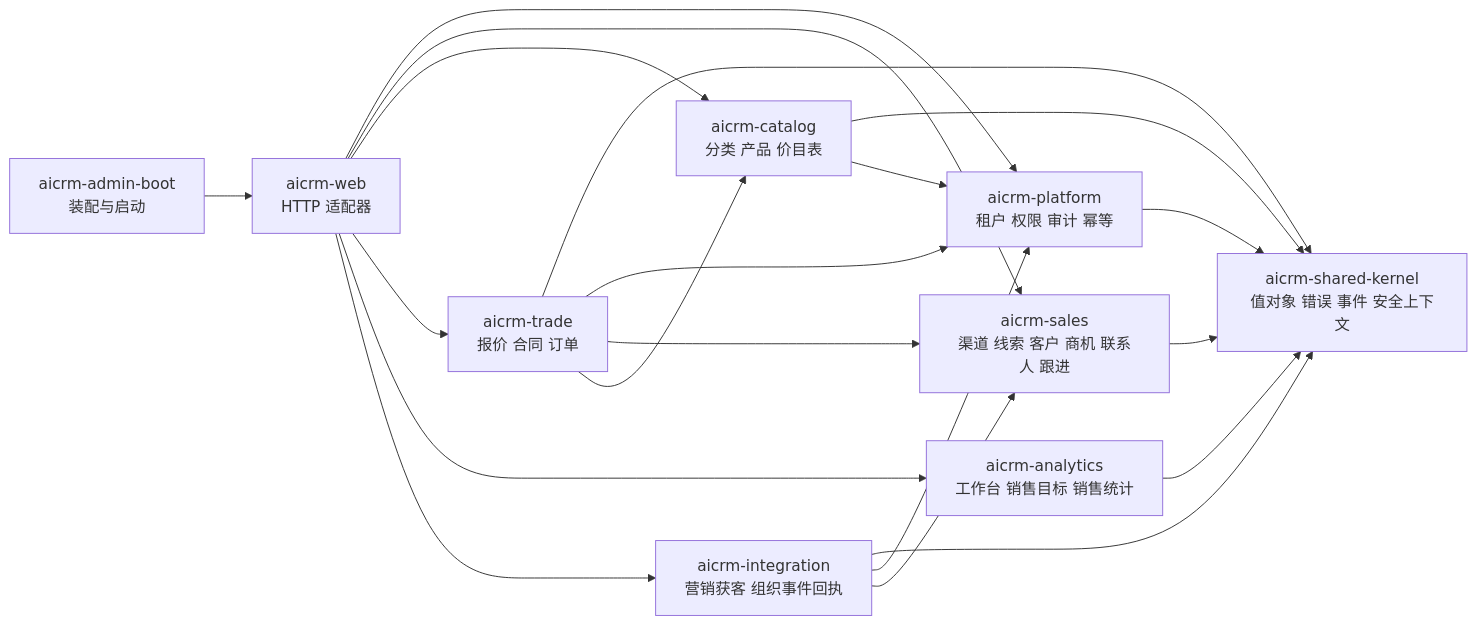
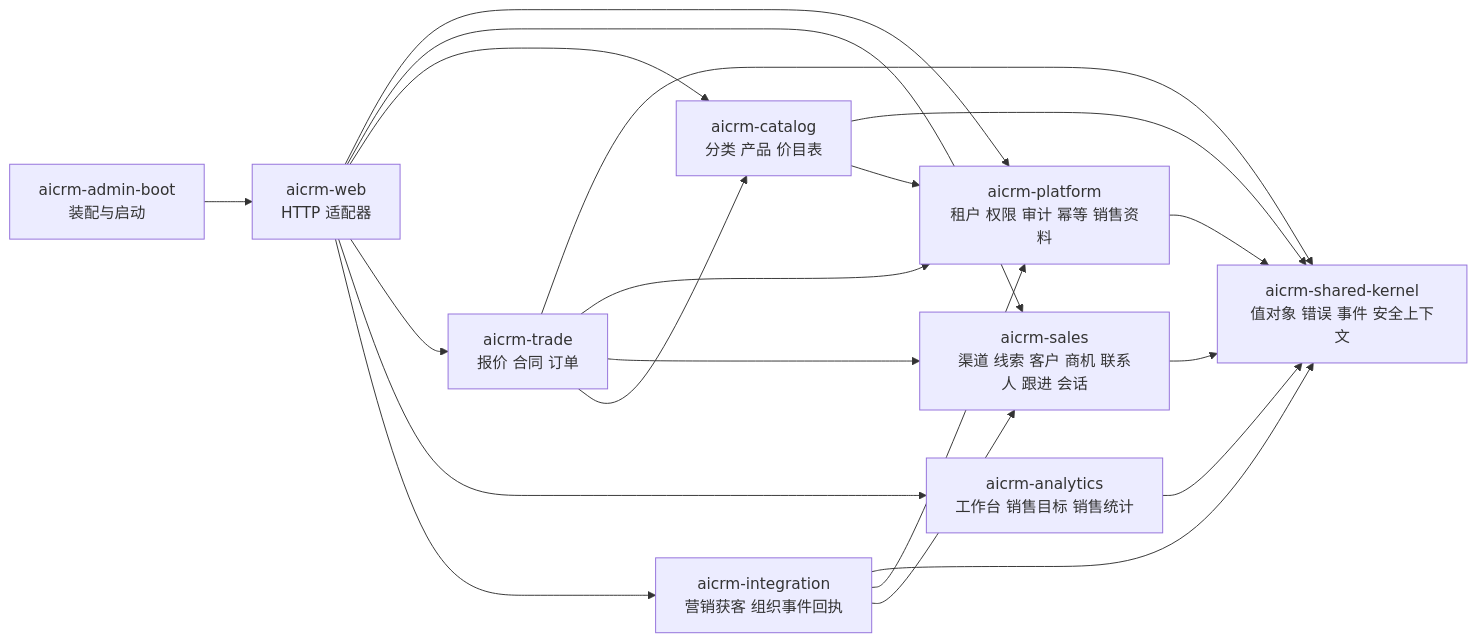
Before and after one commit to Squirtles331/AiCRM: the diagram in docs/architecture/README.md, drawn with Mermaid. The commit also changed other lines of this file and 10 other files, not shown here.

````diff
--- a/docs/architecture/README.md
+++ b/docs/architecture/README.md
@@ -11,22 +11,22 @@
 ```mermaid
 flowchart LR
-    WEB["aicrm-web\nHTTP 适配器"] --> PLATFORM["aicrm-platform\n租户 权限 审计 幂等"]
-    WEB --> SALES["aicrm-sales\n渠道 线索 客户 商机 联系人 跟进"]
+    WEB["aicrm-web\nHTTP 适配器"] --> PLATFORM["aicrm-platform\n租户 权限 审计 幂等 销售资料"]
+    WEB --> SALES["aicrm-sales\n渠道 线索 客户 商机 联系人 跟进 会话"]
     WEB --> CATALOG["aicrm-catalog\n分类 产品 价目表"]
     WEB --> TRADE["aicrm-trade\n报价 合同 订单"]
     WEB --> ANALYTICS["aicrm-analytics\n工作台 销售目标 销售统计"]
     WEB --> INTEGRATION["aicrm-integration\n营销获客 组织事件回执"]
     SALES --> KERNEL["aicrm-shared-kernel\n值对象 错误 事件 安全上下文"]
     CATALOG --> KERNEL
     TRADE --> KERNEL
     ANALYTICS --> KERNEL
     INTEGRATION --> KERNEL
     PLATFORM --> KERNEL
     BOOT["aicrm-admin-boot\n装配与启动"] --> WEB
     CATALOG --> PLATFORM
     TRADE --> PLATFORM
     TRADE --> SALES
     TRADE --> CATALOG
     INTEGRATION --> PLATFORM
     INTEGRATION --> SALES
 ```
````
